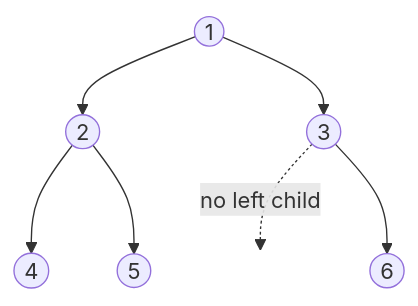
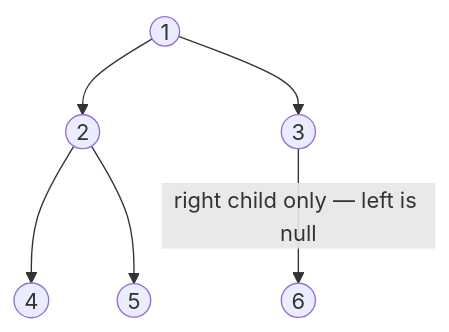
The diagram in src/modules/dsa/content/06-trees/01-binary-trees-and-traversals.md (mohammad-mriesh-job/cortex), drawn with Mermaid before and after one commit. The commit also changed 257 other files, not shown here.

````diff
--- a/src/modules/dsa/content/06-trees/01-binary-trees-and-traversals.md
+++ b/src/modules/dsa/content/06-trees/01-binary-trees-and-traversals.md
@@ -21,10 +21,8 @@
 ```mermaid
 flowchart TD
   N1((1)) --> N2((2))
   N1 --> N3((3))
   N2 --> N4((4))
   N2 --> N5((5))
-  N3 -.->|no left child| X[ ]:::ghost
-  N3 --> N6((6))
-  classDef ghost fill:transparent,stroke:transparent,color:transparent;
+  N3 -->|"right child only — left is null"| N6((6))
 ```
````
